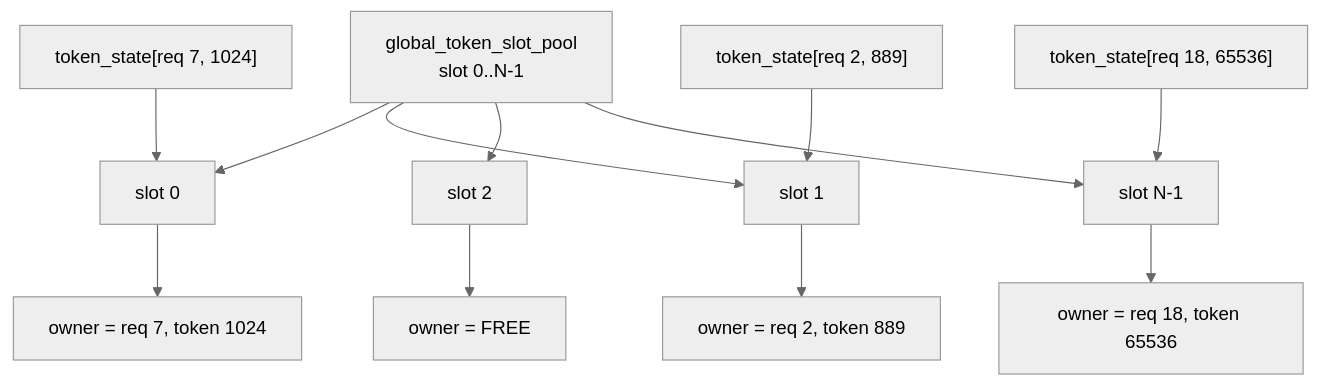
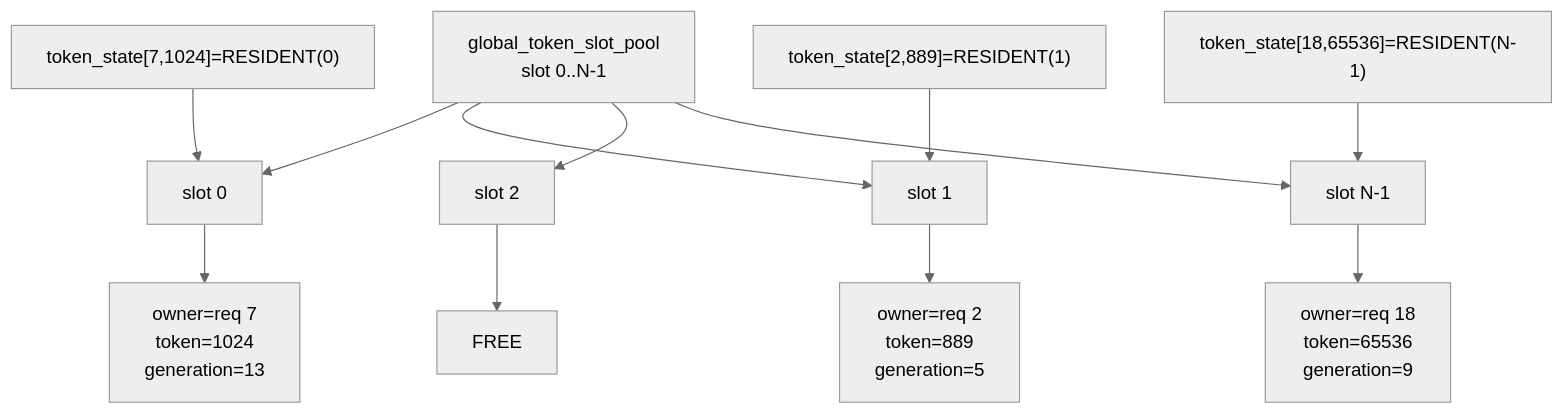
The second of 13 diagrams in docs/draft/2026-06-02-npu-hbm-kvcache-management-draft.md (ykfnxx/ASU-Ascend), drawn with Mermaid (neutral theme) before and after one commit. The commit also changed other lines of this file, not shown here.

Commit message:
Update KVCache draft with index flows

````diff
--- a/docs/draft/2026-06-02-npu-hbm-kvcache-management-draft.md
+++ b/docs/draft/2026-06-02-npu-hbm-kvcache-management-draft.md
@@ -112,16 +115,16 @@
 ```mermaid
 flowchart TB
     Pool["global_token_slot_pool<br/>slot 0..N-1"] --> S0["slot 0"]
     Pool --> S1["slot 1"]
     Pool --> S2["slot 2"]
     Pool --> SN["slot N-1"]
 
-    S0 --> O0["owner = req 7, token 1024"]
-    S1 --> O1["owner = req 2, token 889"]
-    S2 --> O2["owner = FREE"]
-    SN --> ON["owner = req 18, token 65536"]
+    S0 --> O0["owner=req 7<br/>token=1024<br/>generation=13"]
+    S1 --> O1["owner=req 2<br/>token=889<br/>generation=5"]
+    S2 --> O2["FREE"]
+    SN --> ON["owner=req 18<br/>token=65536<br/>generation=9"]
 
-    R0["token_state[req 7, 1024]"] --> S0
-    R1["token_state[req 2, 889]"] --> S1
-    R2["token_state[req 18, 65536]"] --> SN
+    T0["token_state[7,1024]=RESIDENT(0)"] --> S0
+    T1["token_state[2,889]=RESIDENT(1)"] --> S1
+    T2["token_state[18,65536]=RESIDENT(N-1)"] --> SN
 ```
````
